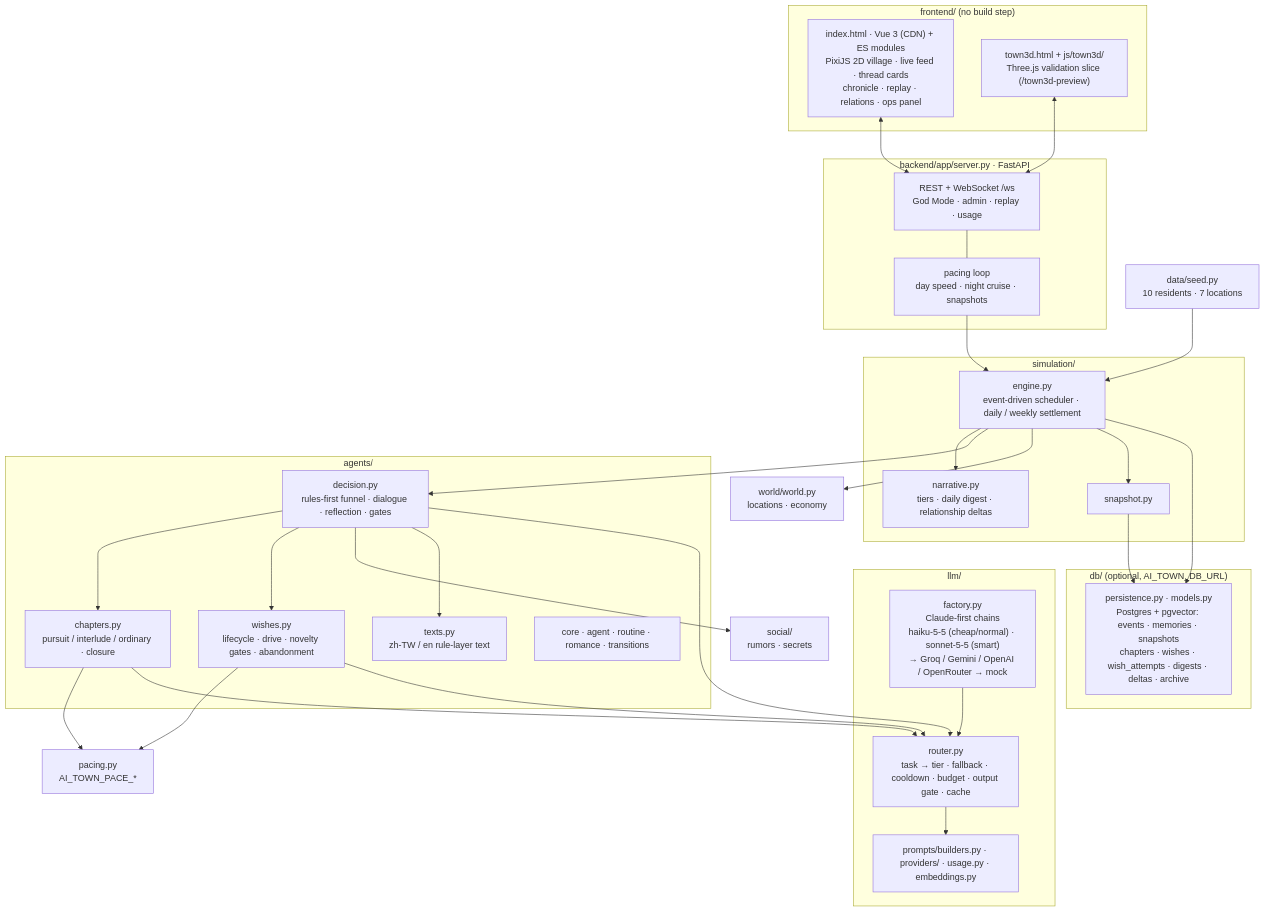
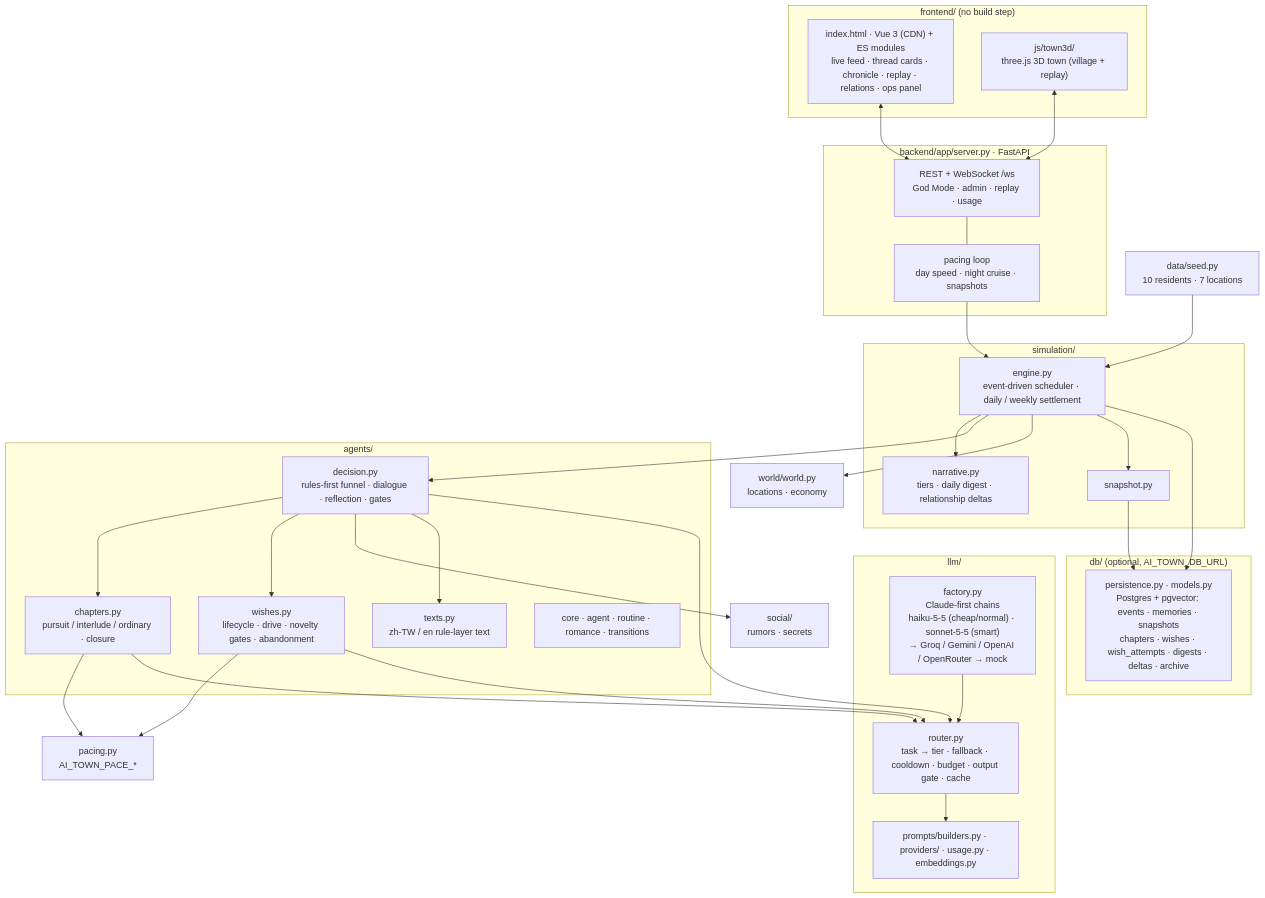
Before and after one commit to ChenYuHsu413/AITown: the diagram in README.md, drawn with Mermaid. The commit also changed other lines of this file and 31 other files, not shown here.

````diff
--- a/README.md
+++ b/README.md
@@ -169,58 +173,58 @@
 ```mermaid
 flowchart TB
   subgraph FE["frontend/ (no build step)"]
-    UI["index.html · Vue 3 (CDN) + ES modules<br/>PixiJS 2D village · live feed · thread cards<br/>chronicle · replay · relations · ops panel"]
-    T3D["town3d.html + js/town3d/<br/>Three.js validation slice (/town3d-preview)"]
+    UI["index.html · Vue 3 (CDN) + ES modules<br/>live feed · thread cards · chronicle · replay · relations · ops panel"]
+    T3D["js/town3d/<br/>three.js 3D town (village + replay)"]
   end
 
   subgraph SRV["backend/app/server.py · FastAPI"]
     API["REST + WebSocket /ws<br/>God Mode · admin · replay · usage"]
     LOOP["pacing loop<br/>day speed · night cruise · snapshots"]
   end
 
   subgraph SIM["simulation/"]
     ENG["engine.py<br/>event-driven scheduler · daily / weekly settlement"]
     NAR["narrative.py<br/>tiers · daily digest · relationship deltas"]
     SNAP["snapshot.py"]
   end
 
   subgraph AG["agents/"]
     DEC["decision.py<br/>rules-first funnel · dialogue · reflection · gates"]
     CH["chapters.py<br/>pursuit / interlude / ordinary · closure"]
     WI["wishes.py<br/>lifecycle · drive · novelty gates · abandonment"]
     TX["texts.py<br/>zh-TW / en rule-layer text"]
     OTH["core · agent · routine · romance · transitions"]
   end
 
   SOC["social/<br/>rumors · secrets"]
   WORLD["world/world.py<br/>locations · economy"]
   PACE["pacing.py<br/>AI_TOWN_PACE_*"]
 
   subgraph LLM["llm/"]
     FAC["factory.py<br/>Claude-first chains<br/>haiku-5-5 (cheap/normal) · sonnet-5-5 (smart)<br/>→ Groq / Gemini / OpenAI / OpenRouter → mock"]
     RT["router.py<br/>task → tier · fallback · cooldown · budget · output gate · cache"]
     PR["prompts/builders.py · providers/ · usage.py · embeddings.py"]
   end
 
   subgraph DB["db/ (optional, AI_TOWN_DB_URL)"]
     PER["persistence.py · models.py<br/>Postgres + pgvector: events · memories · snapshots<br/>chapters · wishes · wish_attempts · digests · deltas · archive"]
   end
 
   SEED["data/seed.py<br/>10 residents · 7 locations"]
 
   UI <--> API
   T3D <--> API
   API --- LOOP --> ENG
   ENG --> NAR
   ENG --> DEC
   DEC --> CH & WI & SOC
   CH & WI --> PACE
   DEC --> TX
   DEC --> RT
   CH & WI --> RT
   FAC --> RT --> PR
   ENG --> WORLD
   SEED --> ENG
   ENG --> SNAP --> PER
   ENG --> PER
 ```
````
